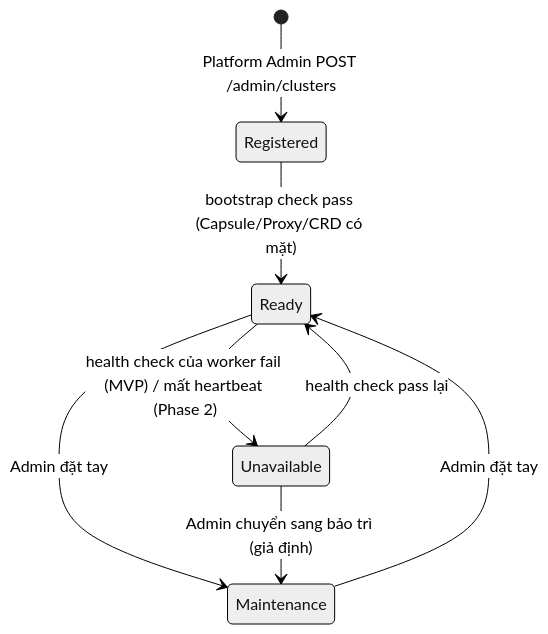
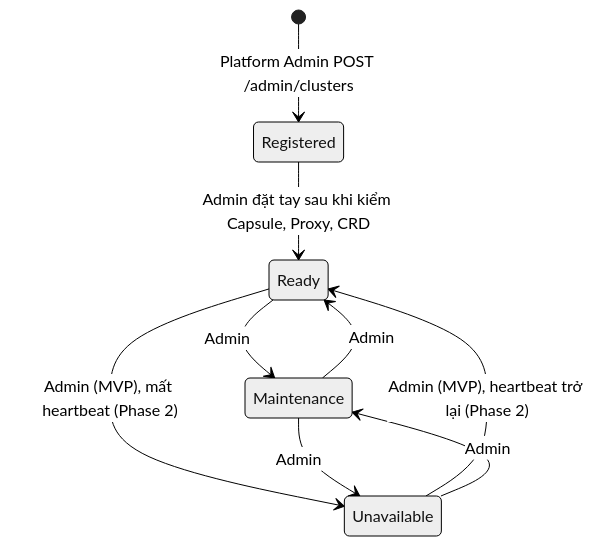
One commit to thaihoc1310/tenantry changed the eighth of 15 diagrams in docs/architecture/04-state-machines.md. Above: the diagram before and after it, drawn with Mermaid (neutral theme). The commit also changed other lines of this file and 14 other files, not shown here.

````diff
--- a/docs/architecture/04-state-machines.md
+++ b/docs/architecture/04-state-machines.md
@@ -329,10 +336,11 @@
 ```mermaid
 stateDiagram-v2
   [*] --> Registered : Platform Admin POST /admin/clusters
-  Registered --> Ready : bootstrap check pass (Capsule/Proxy/CRD có mặt)
-  Ready --> Maintenance : Admin đặt tay
-  Maintenance --> Ready : Admin đặt tay
-  Ready --> Unavailable : health check của worker fail (MVP) / mất heartbeat (Phase 2)
-  Unavailable --> Ready : health check pass lại
-  Unavailable --> Maintenance : Admin chuyển sang bảo trì (giả định)
+  Registered --> Ready : Admin đặt tay sau khi kiểm Capsule, Proxy, CRD
+  Ready --> Maintenance : Admin
+  Maintenance --> Ready : Admin
+  Ready --> Unavailable : Admin (MVP), mất heartbeat (Phase 2)
+  Maintenance --> Unavailable : Admin
+  Unavailable --> Ready : Admin (MVP), heartbeat trở lại (Phase 2)
+  Unavailable --> Maintenance : Admin
 ```
````
